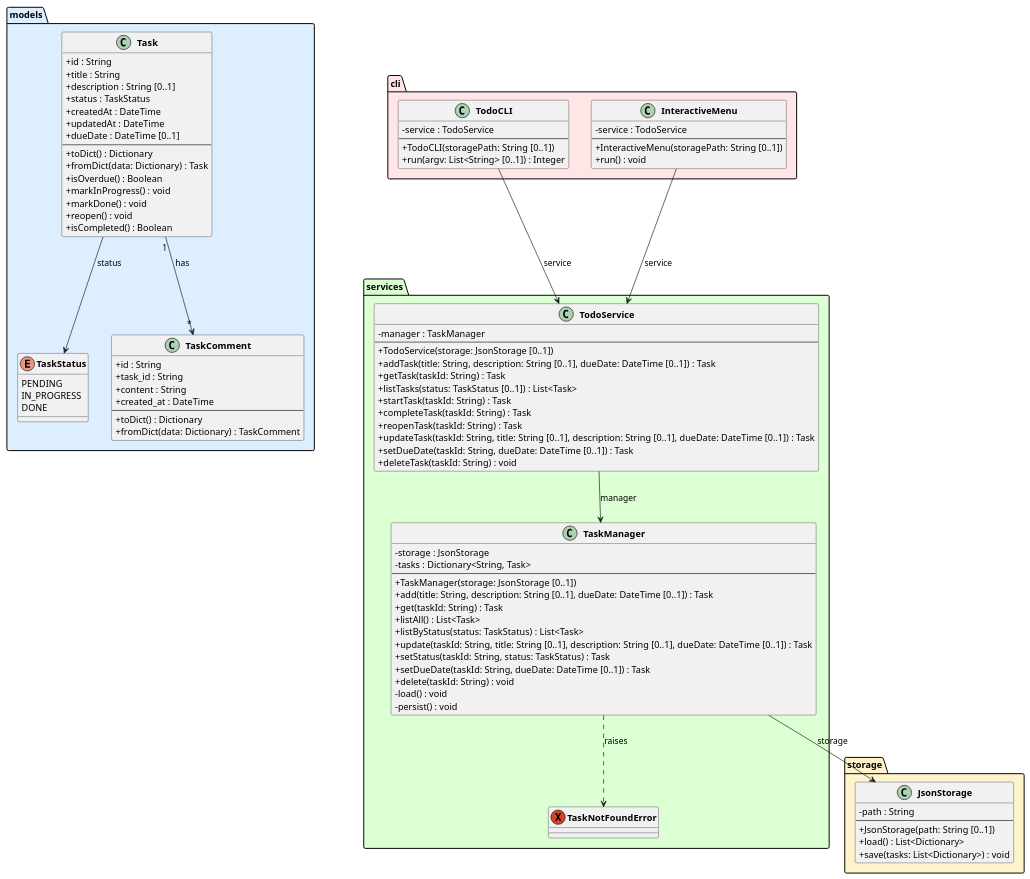
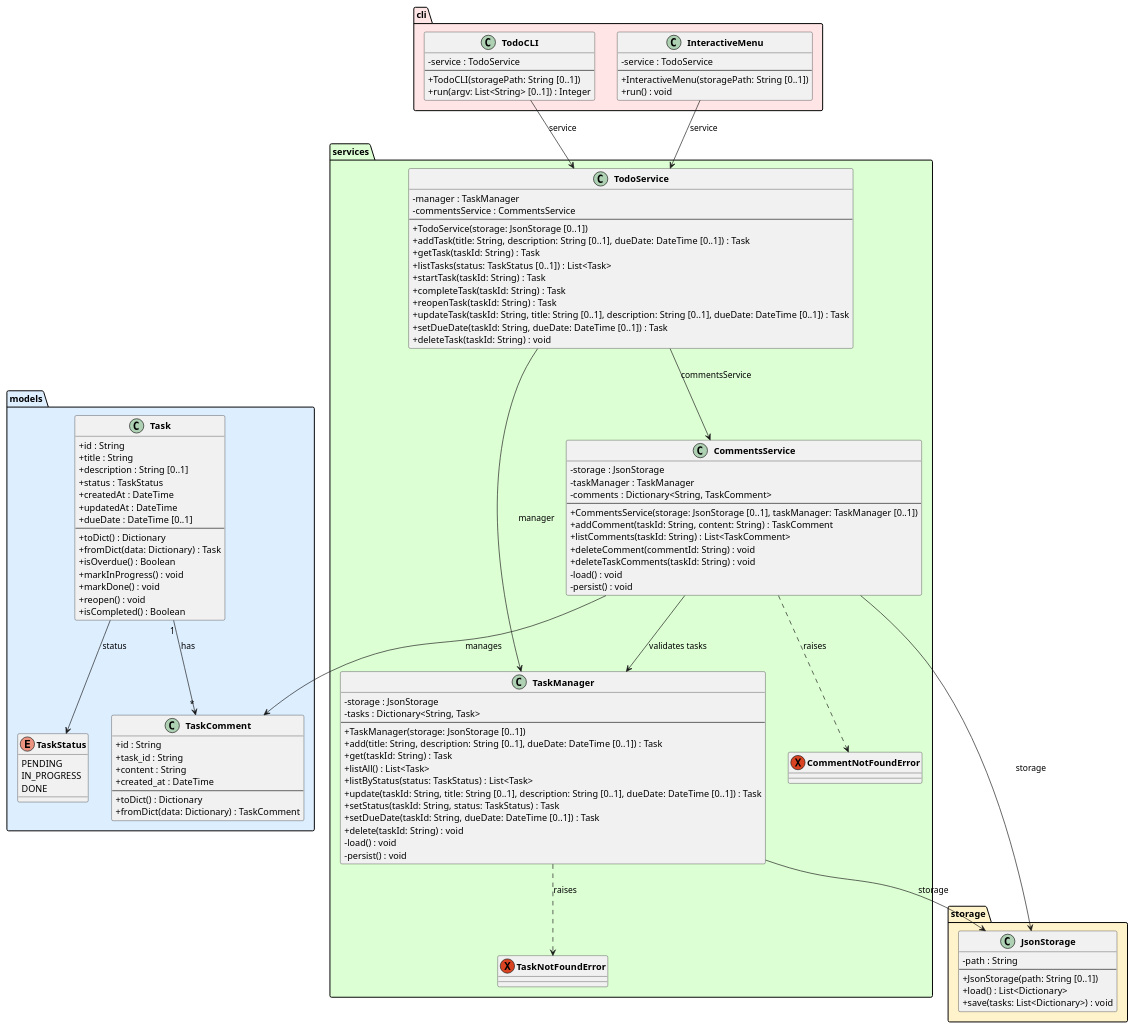
One commit to DanielRiha8906/Software_autoevolution_using_agents changed the diagram in experiments/pipeline/structured_text/TODO/artifacts/class_diagram.puml. Above: the diagram before and after it, drawn with PlantUML. The commit also changed 7 other files, not shown here.

First line of the commit message:
task 04 | pipeline / structured_text / TODO

```diff
--- a/experiments/pipeline/structured_text/TODO/artifacts/class_diagram.puml
+++ b/experiments/pipeline/structured_text/TODO/artifacts/class_diagram.puml
@@ -1,112 +1,133 @@
 @startuml class_diagram
 
 skinparam classAttributeIconSize 0
 skinparam classFontStyle bold
 
 package "models" #DDEEFF {
     enum TaskStatus {
         PENDING
         IN_PROGRESS
         DONE
     }
 
     class Task {
         +id : String
         +title : String
         +description : String [0..1]
         +status : TaskStatus
         +createdAt : DateTime
         +updatedAt : DateTime
         +dueDate : DateTime [0..1]
         --
         +toDict() : Dictionary
         +fromDict(data: Dictionary) : Task
         +isOverdue() : Boolean
         +markInProgress() : void
         +markDone() : void
         +reopen() : void
         +isCompleted() : Boolean
     }
 
     class TaskComment {
         +id : String
         +task_id : String
         +content : String
         +created_at : DateTime
         --
         +toDict() : Dictionary
         +fromDict(data: Dictionary) : TaskComment
     }
 }
 
 package "storage" #FFF3CC {
     class JsonStorage {
         -path : String
         --
         +JsonStorage(path: String [0..1])
         +load() : List<Dictionary>
         +save(tasks: List<Dictionary>) : void
     }
 }
 
 package "services" #DDFFD4 {
     exception TaskNotFoundError
+    exception CommentNotFoundError
 
     class TaskManager {
         -storage : JsonStorage
         -tasks : Dictionary<String, Task>
         --
         +TaskManager(storage: JsonStorage [0..1])
         +add(title: String, description: String [0..1], dueDate: DateTime [0..1]) : Task
         +get(taskId: String) : Task
         +listAll() : List<Task>
         +listByStatus(status: TaskStatus) : List<Task>
         +update(taskId: String, title: String [0..1], description: String [0..1], dueDate: DateTime [0..1]) : Task
         +setStatus(taskId: String, status: TaskStatus) : Task
         +setDueDate(taskId: String, dueDate: DateTime [0..1]) : Task
         +delete(taskId: String) : void
         -load() : void
         -persist() : void
     }
 
+    class CommentsService {
+        -storage : JsonStorage
+        -taskManager : TaskManager
+        -comments : Dictionary<String, TaskComment>
+        --
+        +CommentsService(storage: JsonStorage [0..1], taskManager: TaskManager [0..1])
+        +addComment(taskId: String, content: String) : TaskComment
+        +listComments(taskId: String) : List<TaskComment>
+        +deleteComment(commentId: String) : void
+        +deleteTaskComments(taskId: String) : void
+        -load() : void
+        -persist() : void
+    }
+
     class TodoService {
         -manager : TaskManager
+        -commentsService : CommentsService
         --
         +TodoService(storage: JsonStorage [0..1])
         +addTask(title: String, description: String [0..1], dueDate: DateTime [0..1]) : Task
         +getTask(taskId: String) : Task
         +listTasks(status: TaskStatus [0..1]) : List<Task>
         +startTask(taskId: String) : Task
         +completeTask(taskId: String) : Task
         +reopenTask(taskId: String) : Task
         +updateTask(taskId: String, title: String [0..1], description: String [0..1], dueDate: DateTime [0..1]) : Task
         +setDueDate(taskId: String, dueDate: DateTime [0..1]) : Task
         +deleteTask(taskId: String) : void
     }
 }
 
 package "cli" #FFE5E5 {
     class TodoCLI {
         -service : TodoService
         --
         +TodoCLI(storagePath: String [0..1])
         +run(argv: List<String> [0..1]) : Integer
     }
 
     class InteractiveMenu {
         -service : TodoService
         --
         +InteractiveMenu(storagePath: String [0..1])
         +run() : void
     }
 }
 
 Task --> TaskStatus : status
 Task "1" --> "*" TaskComment : has
 TaskManager --> JsonStorage : storage
 TaskManager ..> TaskNotFoundError : raises
+CommentsService --> JsonStorage : storage
+CommentsService --> TaskManager : validates tasks
+CommentsService --> TaskComment : manages
+CommentsService ..> CommentNotFoundError : raises
 TodoService --> TaskManager : manager
+TodoService --> CommentsService : commentsService
 TodoCLI --> TodoService : service
 InteractiveMenu --> TodoService : service
 
 @enduml
```
